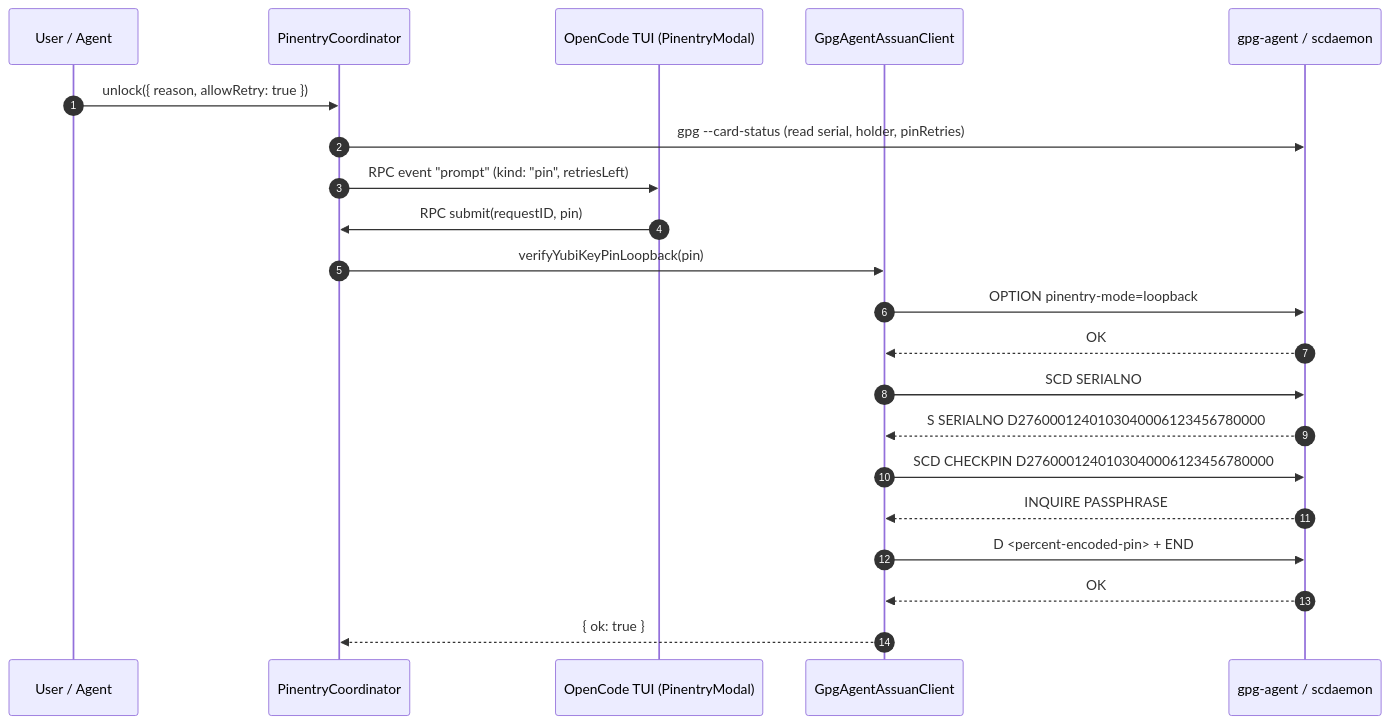
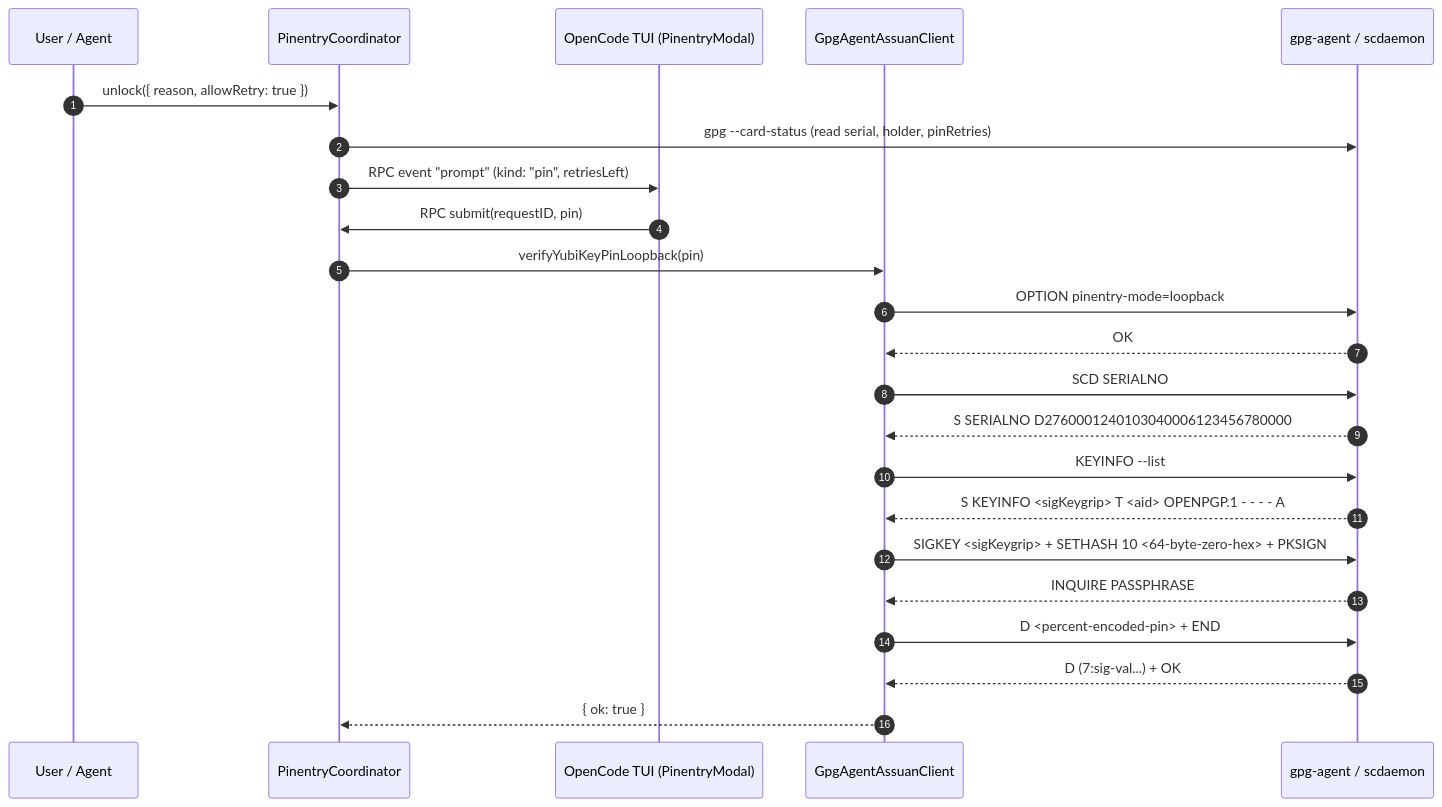
The fourth of 5 diagrams in README.md (yriveiro/oc-yubikey), drawn with Mermaid before and after one commit. The commit also changed other lines of this file and 9 other files, not shown here.

````diff
--- a/README.md
+++ b/README.md
@@ -226,24 +208,26 @@
 ```mermaid
 sequenceDiagram
   autonumber
   participant User as User / Agent
   participant Coord as PinentryCoordinator
   participant TUI as OpenCode TUI (PinentryModal)
   participant Assuan as GpgAgentAssuanClient
   participant GPG as gpg-agent / scdaemon
 
   User->>Coord: unlock({ reason, allowRetry: true })
   Coord->>GPG: gpg --card-status (read serial, holder, pinRetries)
   Coord->>TUI: RPC event "prompt" (kind: "pin", retriesLeft)
   TUI->>Coord: RPC submit(requestID, pin)
   Coord->>Assuan: verifyYubiKeyPinLoopback(pin)
   Assuan->>GPG: OPTION pinentry-mode=loopback
   GPG-->>Assuan: OK
   Assuan->>GPG: SCD SERIALNO
   GPG-->>Assuan: S SERIALNO D2760001240103040006123456780000
-  Assuan->>GPG: SCD CHECKPIN D2760001240103040006123456780000
+  Assuan->>GPG: KEYINFO --list
+  GPG-->>Assuan: S KEYINFO <sigKeygrip> T <aid> OPENPGP.1 - - - - A
+  Assuan->>GPG: SIGKEY <sigKeygrip> + SETHASH 10 <64-byte-zero-hex> + PKSIGN
   GPG-->>Assuan: INQUIRE PASSPHRASE
   Assuan->>GPG: D <percent-encoded-pin> + END
-  GPG-->>Assuan: OK
+  GPG-->>Assuan: D (7:sig-val...) + OK
   Assuan-->>Coord: { ok: true }
 ```
````
